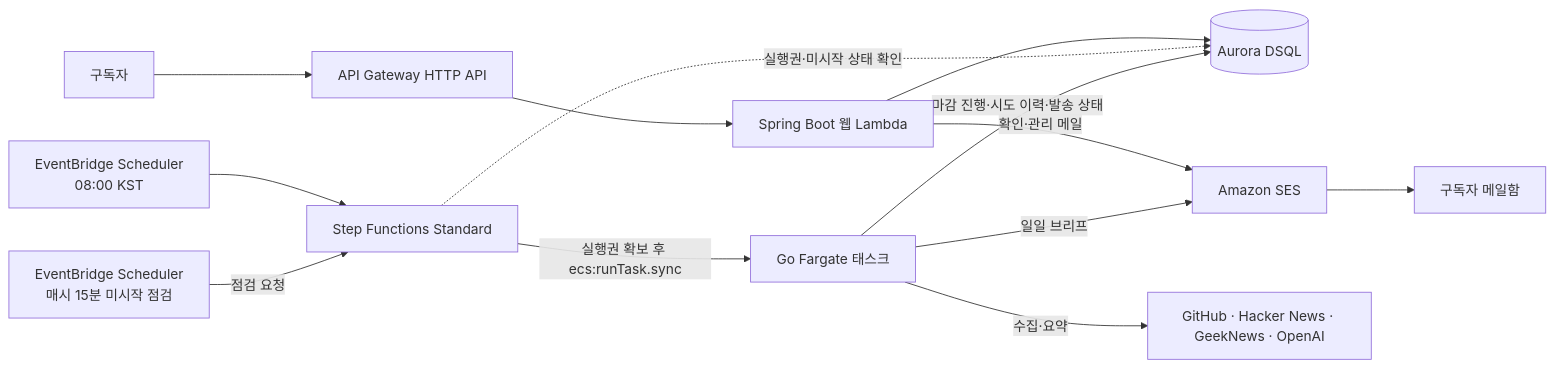
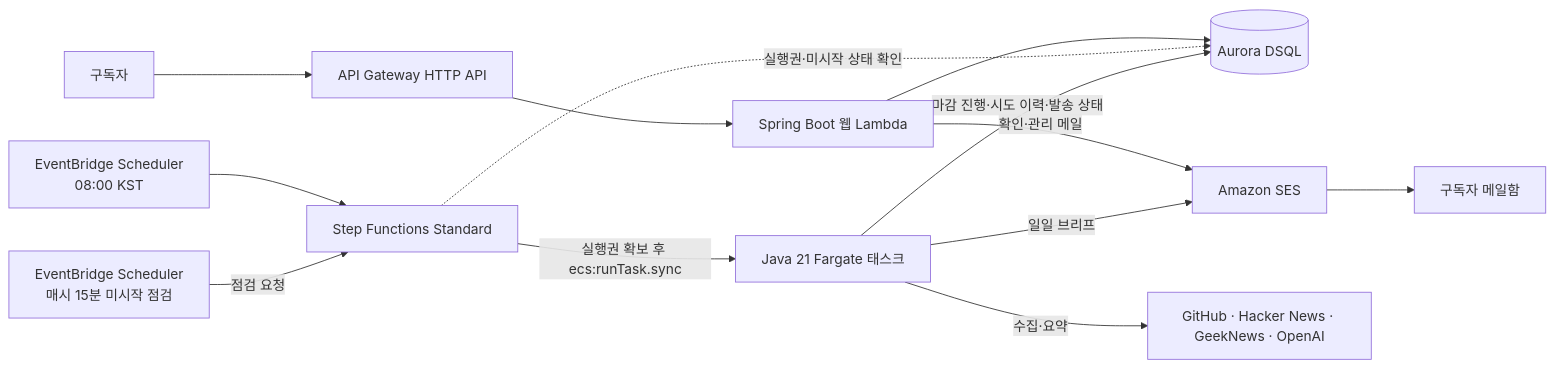
Before and after one commit to whoisyourbias/daily-brief-dev: the diagram in docs/designs/daily-brief-aws.md, drawn with Mermaid. The commit also changed other lines of this file, not shown here.

Commit message:
docs: use Java 21 for AWS batch and SES handler

````diff
--- a/docs/designs/daily-brief-aws.md
+++ b/docs/designs/daily-brief-aws.md
@@ -5,15 +5,15 @@
 ```mermaid
 flowchart LR
     browser[구독자] --> api[API Gateway HTTP API]
     api --> web[Spring Boot 웹 Lambda]
     web --> db[(Aurora DSQL)]
     web -->|확인·관리 메일| ses[Amazon SES]
     primary[EventBridge Scheduler<br/>08:00 KST] --> workflow[Step Functions Standard]
     check[EventBridge Scheduler<br/>매시 15분 미시작 점검] -->|점검 요청| workflow
     workflow -. 실행권·미시작 상태 확인 .-> db
-    workflow -->|실행권 확보 후 ecs:runTask.sync| batch[Go Fargate 태스크]
+    workflow -->|실행권 확보 후 ecs:runTask.sync| batch[Java 21 Fargate 태스크]
     batch -->|수집·요약| sources[GitHub · Hacker News · GeekNews · OpenAI]
     batch -->|마감 진행·시도 이력·발송 상태| db
     batch -->|일일 브리프| ses
     ses --> inbox[구독자 메일함]
 ```
````
